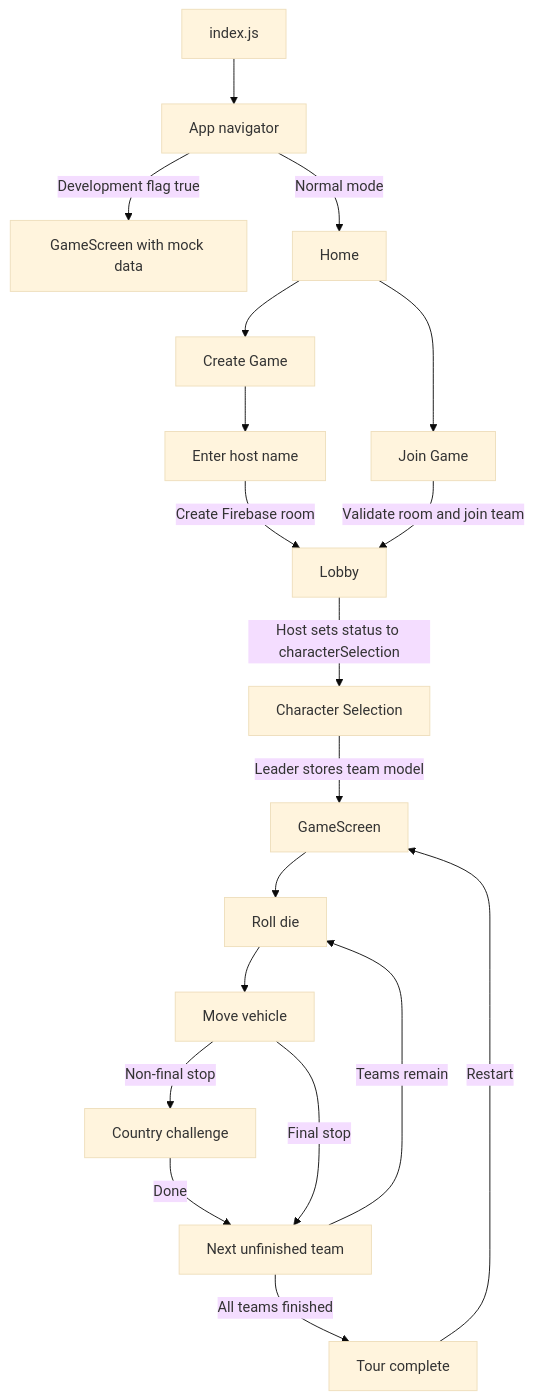
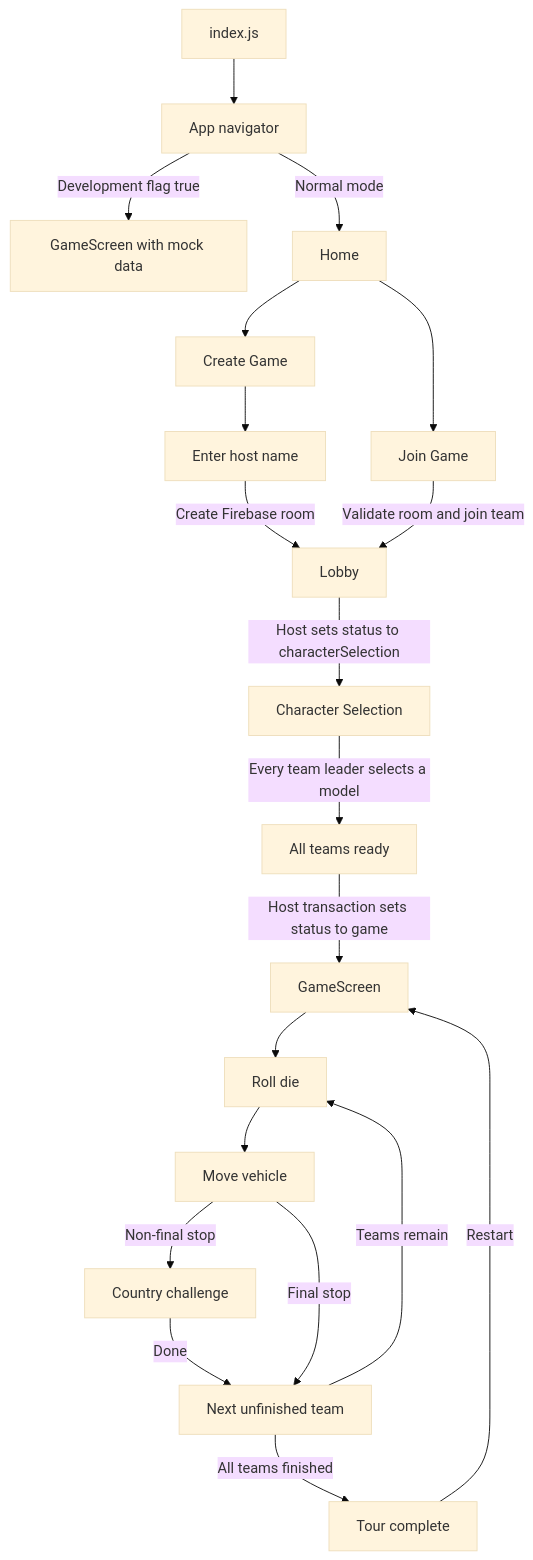
One commit to TipsyTraveller/TipsyTraveller changed the first of 3 diagrams in GAME_ARCHITECTURE.md. Above: the diagram before and after it, drawn with Mermaid (base theme). The commit also changed other lines of this file and 6 other files, not shown here.

````diff
--- a/GAME_ARCHITECTURE.md
+++ b/GAME_ARCHITECTURE.md
@@ -183,21 +183,22 @@
 ```mermaid
 flowchart TD
     Entry[index.js] --> App[App navigator]
     App -->|Development flag true| DevGame[GameScreen with mock data]
     App -->|Normal mode| Home[Home]
     Home --> Create[Create Game]
     Home --> Join[Join Game]
     Create --> HostName[Enter host name]
     HostName -->|Create Firebase room| Lobby[Lobby]
     Join -->|Validate room and join team| Lobby
     Lobby -->|Host sets status to characterSelection| Character[Character Selection]
-    Character -->|Leader stores team model| Game[GameScreen]
+    Character -->|Every team leader selects a model| Ready[All teams ready]
+    Ready -->|Host transaction sets status to game| Game[GameScreen]
     Game --> Roll[Roll die]
     Roll --> Move[Move vehicle]
     Move -->|Non-final stop| Challenge[Country challenge]
     Challenge -->|Done| Next[Next unfinished team]
     Move -->|Final stop| Next
     Next -->|Teams remain| Roll
     Next -->|All teams finished| Complete[Tour complete]
     Complete -->|Restart| Game
 ```
````
